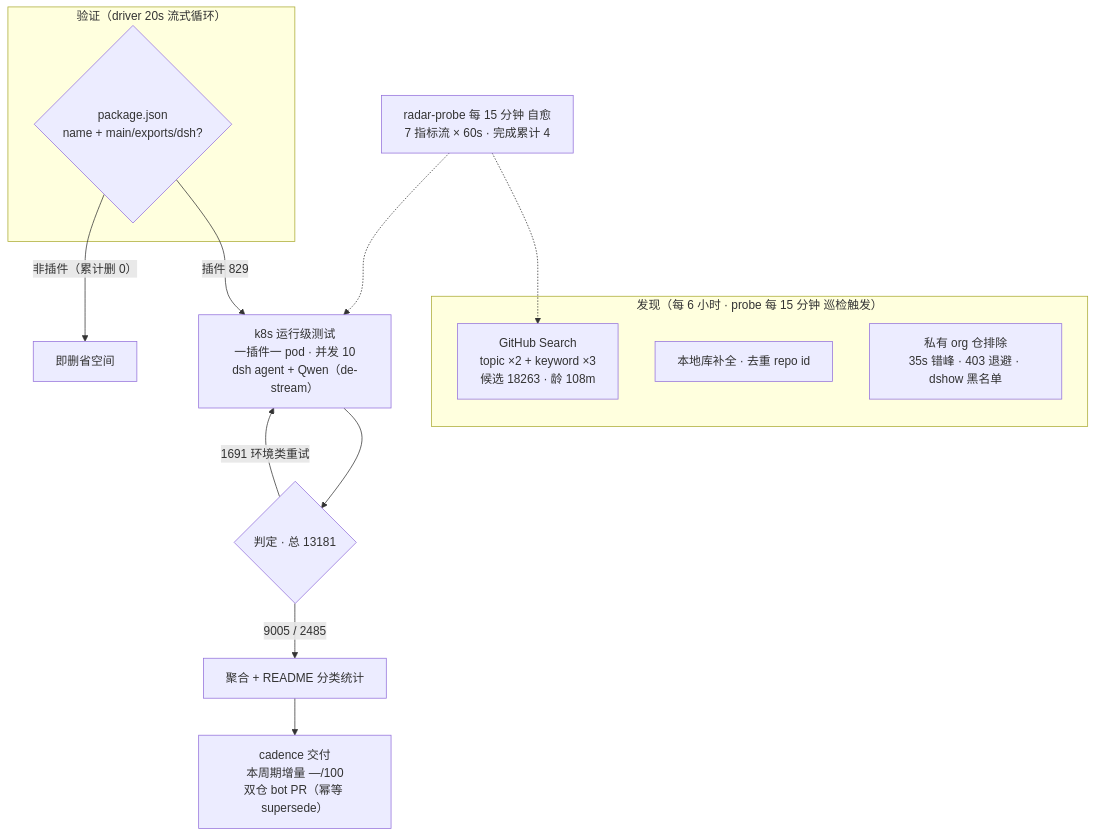
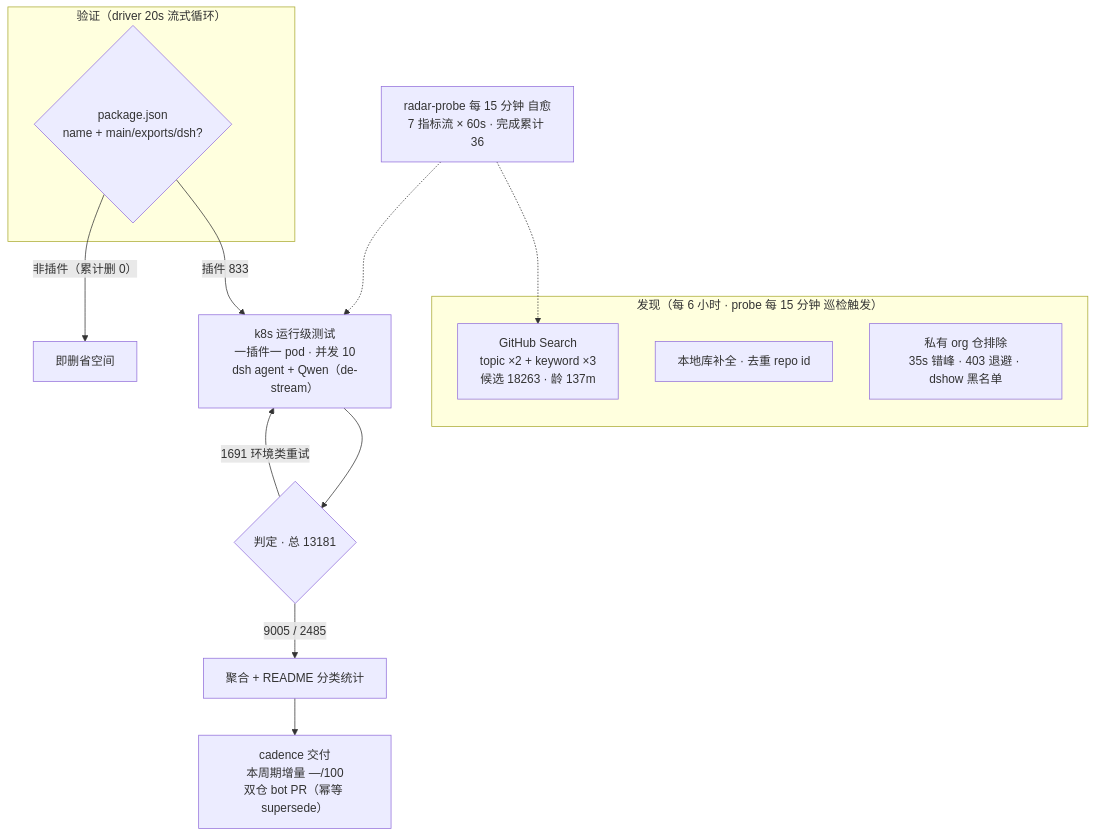
The diagram in README.md (AdamPlatin123/awesome-dsh-plugins), drawn with Mermaid before and after one commit. The commit also changed other lines of this file and 5 other files, not shown here.

````diff
--- a/README.md
+++ b/README.md
@@ -52,20 +52,20 @@
 ```mermaid
 flowchart TB
     subgraph Discovery["发现（每 6 小时 · probe 每 15 分钟 巡检触发）"]
-        A1["GitHub Search<br/>topic ×2 + keyword ×3<br/>候选 18263 · 龄 108m"]
+        A1["GitHub Search<br/>topic ×2 + keyword ×3<br/>候选 18263 · 龄 137m"]
         A2["本地库补全 · 去重 repo id"]
         A3["私有 org 仓排除<br/>35s 错峰 · 403 退避 · dshow 黑名单"]
     end
     subgraph Validation["验证（driver 20s 流式循环）"]
         B1{"package.json<br/>name + main/exports/dsh?"}
     end
-    B1 -->|"插件 829"| C1["k8s 运行级测试<br/>一插件一 pod · 并发 10<br/>dsh agent + Qwen（de-stream）"]
+    B1 -->|"插件 833"| C1["k8s 运行级测试<br/>一插件一 pod · 并发 10<br/>dsh agent + Qwen（de-stream）"]
     B1 -->|"非插件（累计删 0）"| B3["即删省空间"]
     C1 --> D1{"判定 · 总 13181"}
     D1 -->|"9005 / 2485"| E1["聚合 + README 分类统计"]
     D1 -->|"1691 环境类重试"| C1
     E1 --> E2["cadence 交付<br/>本周期增量 —/100<br/>双仓 bot PR（幂等 supersede）"]
-    M["radar-probe 每 15 分钟 自愈<br/>7 指标流 × 60s · 完成累计 4"]
+    M["radar-probe 每 15 分钟 自愈<br/>7 指标流 × 60s · 完成累计 36"]
     M -.-> A1
     M -.-> C1
 ```
````
